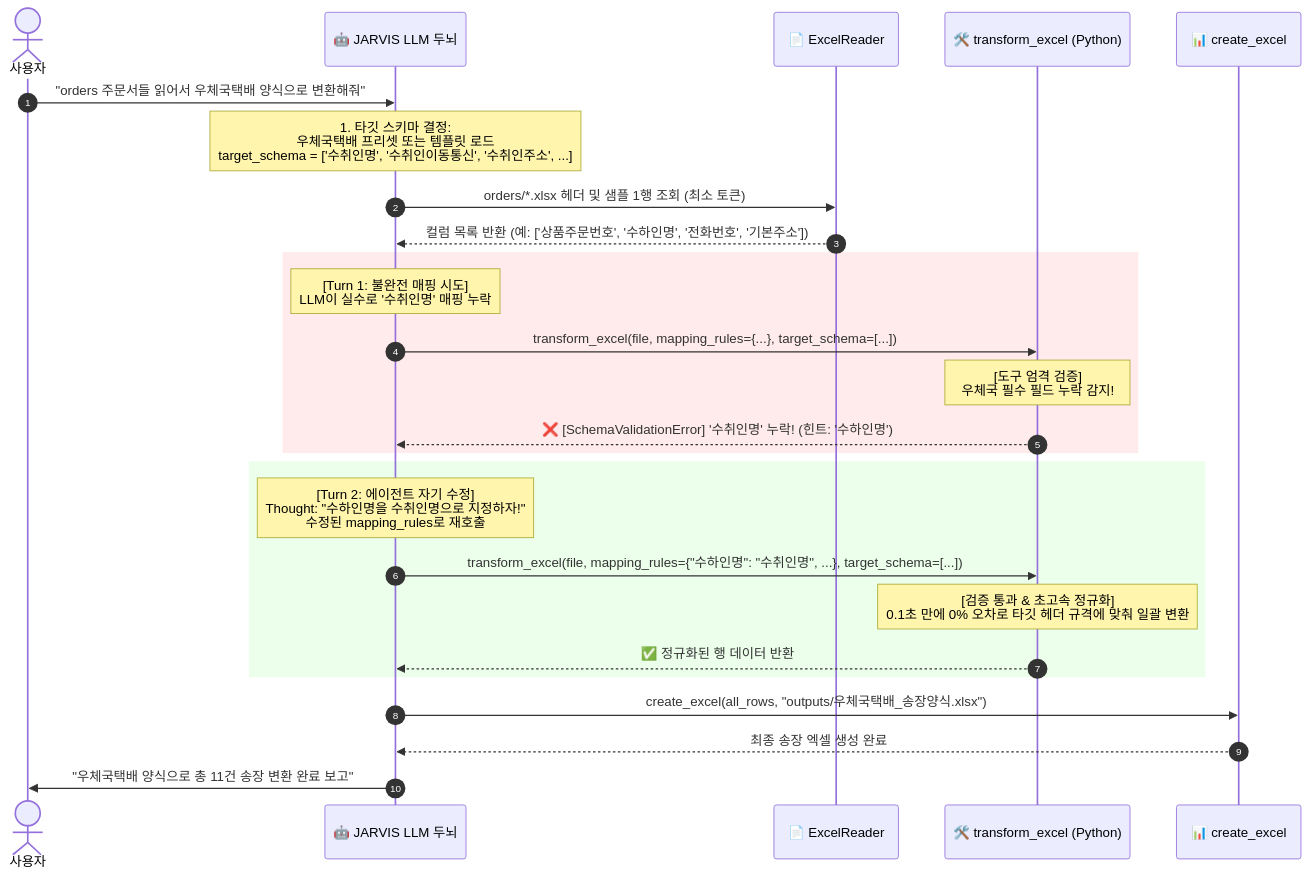
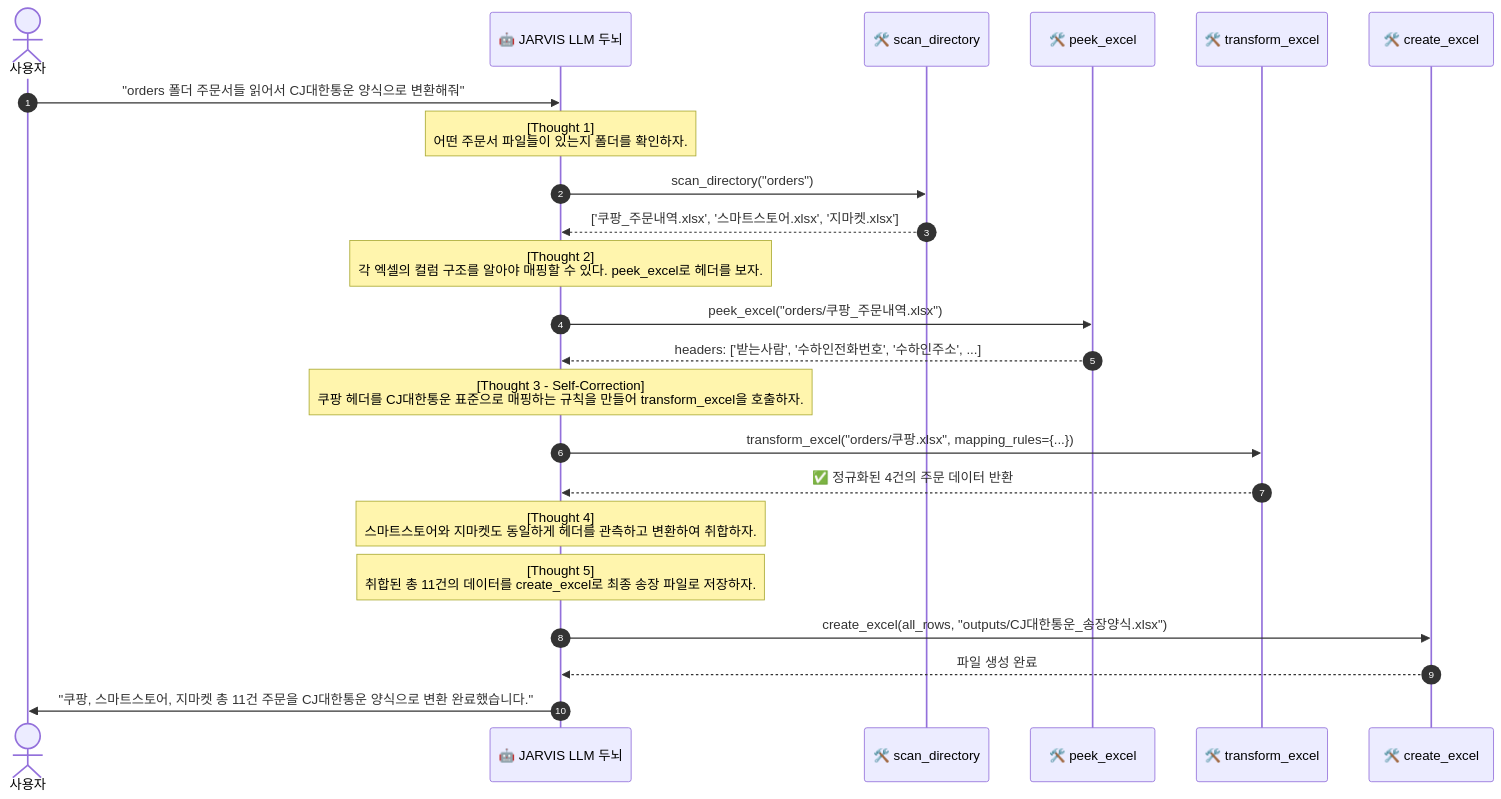
Before and after one commit to eooiea/JARVIS: the second of 2 diagrams in docs/scenarios/01_다채널_주문서_취합_및_송장_변환/01_다채널_주문서_취합_및_송장_변환.md, drawn with Mermaid. The commit also changed other lines of this file and 3 other files, not shown here.

````diff
--- a/docs/scenarios/01_다채널_주문서_취합_및_송장_변환/01_다채널_주문서_취합_및_송장_변환.md
+++ b/docs/scenarios/01_다채널_주문서_취합_및_송장_변환/01_다채널_주문서_취합_및_송장_변환.md
@@ -52,32 +91,31 @@
 ```mermaid
 sequenceDiagram
     autonumber
     actor User as 사용자
     participant Brain as 🤖 JARVIS LLM 두뇌
-    participant Reader as 📄 ExcelReader
-    participant Transform as 🛠️ transform_excel (Python)
-    participant Writer as 📊 create_excel
+    participant Scan as 🛠️ scan_directory
+    participant Peek as 🛠️ peek_excel
+    participant Transform as 🛠️ transform_excel
+    participant Writer as 🛠️ create_excel
 
-    User->>Brain: "orders 주문서들 읽어서 우체국택배 양식으로 변환해줘"
-    Note over Brain: 1. 타깃 스키마 결정:<br/>우체국택배 프리셋 또는 템플릿 로드<br/>target_schema = ['수취인명', '수취인이동통신', '수취인주소', ...]
-    Brain->>Reader: orders/*.xlsx 헤더 및 샘플 1행 조회 (최소 토큰)
-    Reader-->>Brain: 컬럼 목록 반환 (예: ['상품주문번호', '수하인명', '전화번호', '기본주소'])
+    User->>Brain: "orders 폴더 주문서들 읽어서 CJ대한통운 양식으로 변환해줘"
     
-    rect rgb(255, 235, 235)
-        Note over Brain: [Turn 1: 불완전 매핑 시도]<br/>LLM이 실수로 '수취인명' 매핑 누락
-        Brain->>Transform: transform_excel(file, mapping_rules={...}, target_schema=[...])
-        Note over Transform: [도구 엄격 검증]<br/>우체국 필수 필드 누락 감지!
-        Transform-->>Brain: ❌ [SchemaValidationError] '수취인명' 누락! (힌트: '수하인명')
-    end
+    Note over Brain: [Thought 1]<br/>어떤 주문서 파일들이 있는지 폴더를 확인하자.
+    Brain->>Scan: scan_directory("orders")
+    Scan-->>Brain: ['쿠팡_주문내역.xlsx', '스마트스토어.xlsx', '지마켓.xlsx']
+    
+    Note over Brain: [Thought 2]<br/>각 엑셀의 컬럼 구조를 알아야 매핑할 수 있다. peek_excel로 헤더를 보자.
+    Brain->>Peek: peek_excel("orders/쿠팡_주문내역.xlsx")
+    Peek-->>Brain: headers: ['받는사람', '수하인전화번호', '수하인주소', ...]
+    
+    Note over Brain: [Thought 3 - Self-Correction]<br/>쿠팡 헤더를 CJ대한통운 표준으로 매핑하는 규칙을 만들어 transform_excel을 호출하자.
+    Brain->>Transform: transform_excel("orders/쿠팡.xlsx", mapping_rules={...})
+    Transform-->>Brain: ✅ 정규화된 4건의 주문 데이터 반환
 
-    rect rgb(235, 255, 235)
-        Note over Brain: [Turn 2: 에이전트 자기 수정]<br/>Thought: "수하인명을 수취인명으로 지정하자!"<br/>수정된 mapping_rules로 재호출
-        Brain->>Transform: transform_excel(file, mapping_rules={"수하인명": "수취인명", ...}, target_schema=[...])
-        Note over Transform: [검증 통과 & 초고속 정규화]<br/>0.1초 만에 0% 오차로 타깃 헤더 규격에 맞춰 일괄 변환
-        Transform-->>Brain: ✅ 정규화된 행 데이터 반환
-    end
-
-    Brain->>Writer: create_excel(all_rows, "outputs/우체국택배_송장양식.xlsx")
-    Writer-->>Brain: 최종 송장 엑셀 생성 완료
-    Brain->>User: "우체국택배 양식으로 총 11건 송장 변환 완료 보고"
+    Note over Brain: [Thought 4]<br/>스마트스토어와 지마켓도 동일하게 헤더를 관측하고 변환하여 취합하자.
+    Note over Brain: [Thought 5]<br/>취합된 총 11건의 데이터를 create_excel로 최종 송장 파일로 저장하자.
+    Brain->>Writer: create_excel(all_rows, "outputs/CJ대한통운_송장양식.xlsx")
+    Writer-->>Brain: 파일 생성 완료
+    
+    Brain->>User: "쿠팡, 스마트스토어, 지마켓 총 11건 주문을 CJ대한통운 양식으로 변환 완료했습니다."
 ```
````
